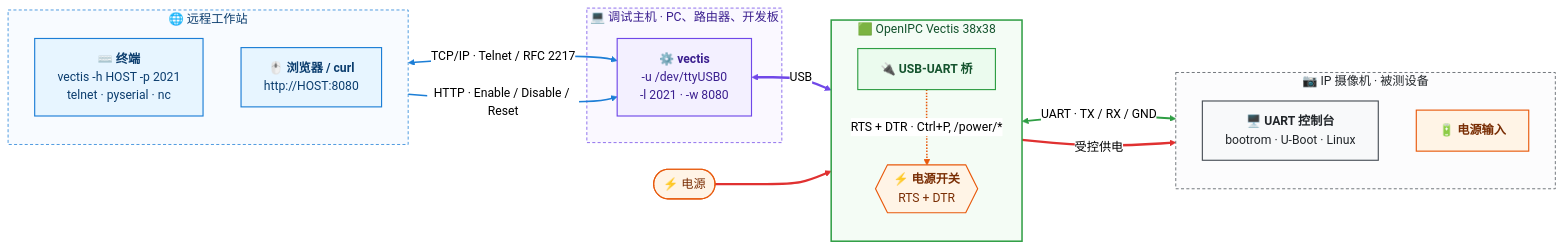
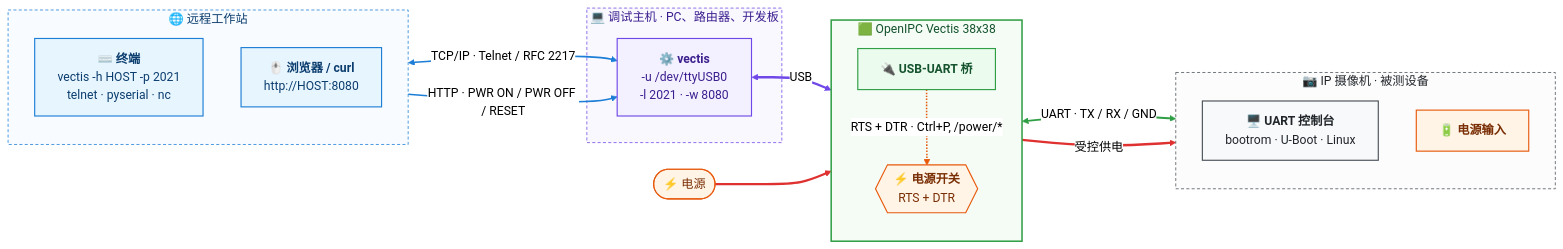
One commit to OpenIPC/vectis changed the first of 3 diagrams in README.zh-CN.md. Above: the diagram before and after it, drawn with Mermaid (neutral theme). The commit also changed other lines of this file and 22 other files, not shown here.

````diff
--- a/README.zh-CN.md
+++ b/README.zh-CN.md
@@ -270,56 +270,56 @@
 ```mermaid
 flowchart LR
     subgraph REMOTE["🌐 远程工作站"]
         direction TB
         T["⌨️ <b>终端</b><br/>vectis -h HOST -p 2021<br/>telnet · pyserial · nc"]
         B["🖱️ <b>浏览器 / curl</b><br/>http://HOST:8080"]
     end
 
     subgraph HOST["💻 调试主机 · PC、路由器、开发板"]
         V["⚙️ <b>vectis</b><br/>-u /dev/ttyUSB0<br/>-l 2021 · -w 8080"]
     end
 
     subgraph BOARD["🟩 OpenIPC Vectis 38x38"]
         direction TB
         U["🔌 <b>USB-UART 桥</b>"]
         SW{{"⚡ <b>电源开关</b><br/>RTS + DTR"}}
     end
 
     subgraph DUT["📷 IP 摄像机 · 被测设备"]
         direction TB
         C["🖥️ <b>UART 控制台</b><br/>bootrom · U-Boot · Linux"]
         P["🔋 <b>电源输入</b>"]
     end
 
     PSU(["⚡ 电源"])
 
     T <-->|"TCP/IP · Telnet / RFC 2217"| V
-    B -->|"HTTP · Enable / Disable / Reset"| V
+    B -->|"HTTP · PWR ON / PWR OFF / RESET"| V
     V <==>|USB| U
     U <-->|"UART · TX / RX / GND"| C
     U -.->|"RTS + DTR · Ctrl+P, /power/*"| SW
     PSU ==> SW
     SW ==>|"受控供电"| P
 
     classDef net   fill:#e7f5ff,stroke:#1c7ed6,color:#0b3d6e,stroke-width:1.5px
     classDef host  fill:#f3f0ff,stroke:#7048e8,color:#3b1f8f,stroke-width:1.5px
     classDef board fill:#ebfbee,stroke:#2f9e44,color:#14532d,stroke-width:1.5px
     classDef power fill:#fff4e6,stroke:#e8590c,color:#7a2e05,stroke-width:1.5px
     classDef cam   fill:#f8f9fa,stroke:#495057,color:#212529,stroke-width:1.5px
     class T,B net
     class V host
     class U board
     class SW,PSU,P power
     class C cam
 
     style REMOTE fill:#f8fbff,stroke:#1c7ed6,stroke-dasharray:4 3,color:#0b3d6e
     style HOST   fill:#faf8ff,stroke:#7048e8,stroke-dasharray:4 3,color:#3b1f8f
     style BOARD  fill:#f4fcf5,stroke:#2f9e44,stroke-width:2px,color:#14532d
     style DUT    fill:#fcfcfd,stroke:#495057,stroke-dasharray:4 3,color:#212529
 
     linkStyle 0,1 stroke:#1c7ed6,stroke-width:2px
     linkStyle 2 stroke:#7048e8,stroke-width:3px
     linkStyle 3 stroke:#2f9e44,stroke-width:2.5px
     linkStyle 4 stroke:#e8590c,stroke-width:2px
     linkStyle 5,6 stroke:#e03131,stroke-width:3px
 ```
````
